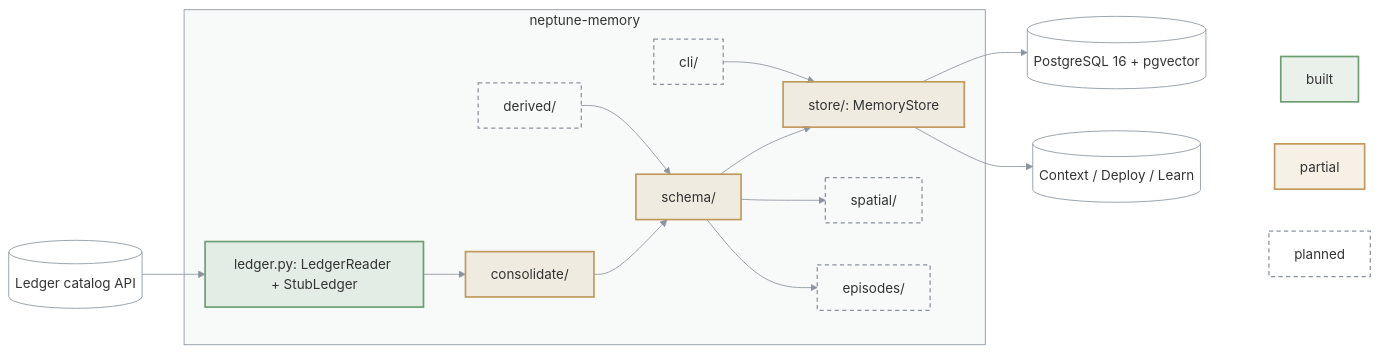
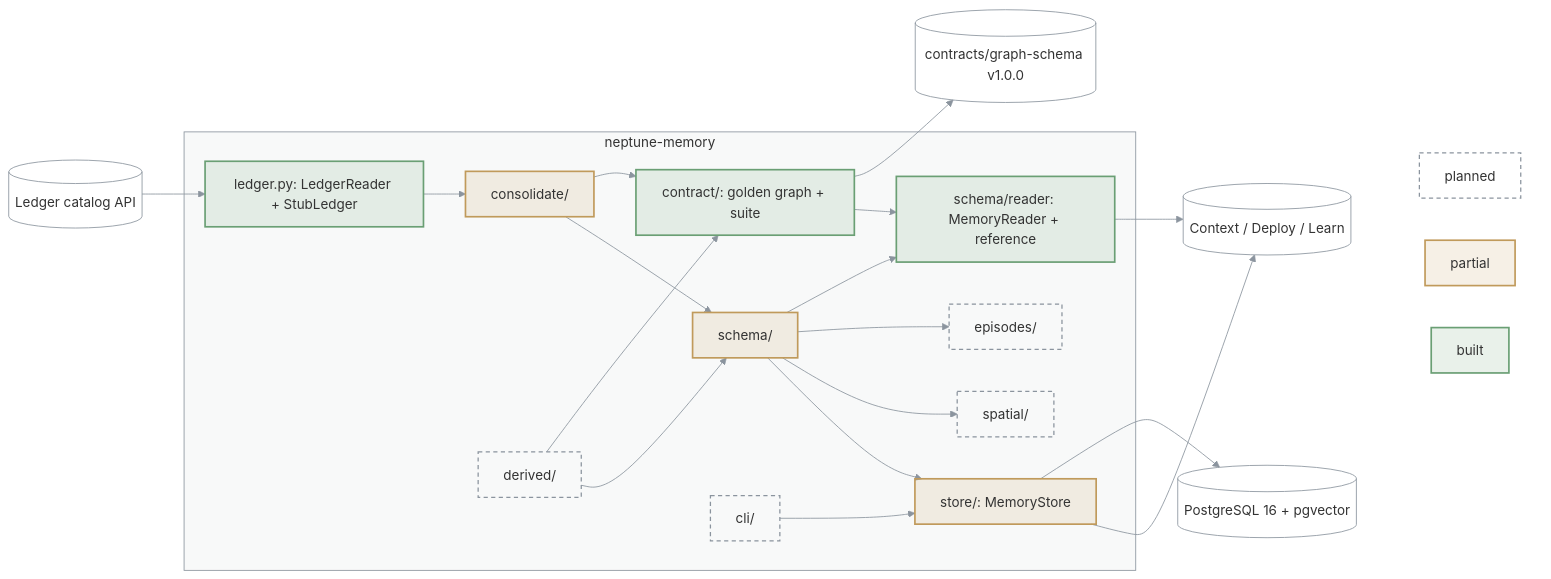
Before and after one commit to bennytay/neptune: the diagram in packages/neptune-memory/ARCHITECTURE.md, drawn with Mermaid. The commit also changed 28 other files, not shown here.

First line of the commit message:
feat(memory): publish graph-schema v1 with MemoryReader, golden graph and contract suite

````diff
--- a/packages/neptune-memory/ARCHITECTURE.md
+++ b/packages/neptune-memory/ARCHITECTURE.md
@@ -3,43 +3,48 @@
 ```mermaid
 flowchart LR
   LED[("Ledger catalog API")]
   PG[("PostgreSQL 16 + pgvector")]
   subgraph M["neptune-memory"]
     SEAM["ledger.py: LedgerReader + StubLedger"]
     CON["consolidate/"]
     DER["derived/"]
     SCH["schema/"]
+    RD["schema/reader: MemoryReader + reference"]
+    CT["contract/: golden graph + suite"]
     STO["store/: MemoryStore"]
     SPA["spatial/"]
     EPI["episodes/"]
     CLI["cli/"]
   end
   OUT[("Context / Deploy / Learn")]
   LED --> SEAM --> CON --> SCH --> STO
   DER --> SCH
   SCH --> SPA & EPI
+  SCH --> RD --> OUT
+  CON & DER --> CT --> RD
+  CT --> REG[("contracts/graph-schema v1.0.0")]
   STO --> OUT
   CLI --> STO
   STO --> PG
 
   subgraph KEY[" "]
     K1["built"]
     K2["partial"]
     K3["planned"]
   end
   OUT ~~~ K1 & K2 & K3
 
   classDef built fill:#6a9f7426,stroke:#6a9f74,stroke-width:2px
   classDef partial fill:#c09a5b26,stroke:#c09a5b,stroke-width:2px
   classDef todo fill:none,stroke:#8b949e,stroke-width:1.5px,stroke-dasharray:5 4
   classDef ext fill:none,stroke:#8b949e,stroke-width:1px
   class K1 built
   class K2 partial
   class DER,SPA,EPI,CLI,K3 todo
   class CON,SCH,STO partial
-  class SEAM built
-  class LED,OUT,PG ext
+  class SEAM,RD,CT built
+  class LED,OUT,PG,REG ext
   style M fill:#8b949e0f,stroke:#8b949e
   style KEY fill:none,stroke:none
   linkStyle default stroke:#8b949e
 ```
````
